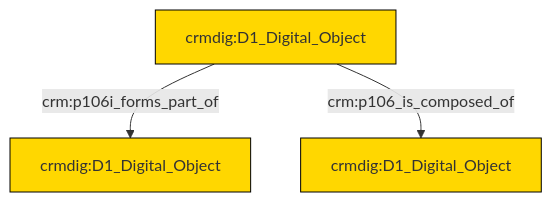
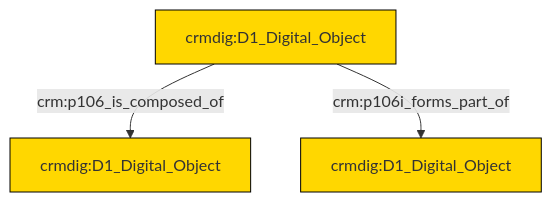
One commit to swiss-art-research-net/docs.swissartresearch changed the diagram in et/doCSV/ttl/mmd/do_parthood.ttl.mmd. Above: the diagram before and after it, drawn with Mermaid. The commit also changed 128 other files, not shown here.

```diff
--- a/et/doCSV/ttl/mmd/do_parthood.ttl.mmd
+++ b/et/doCSV/ttl/mmd/do_parthood.ttl.mmd
@@ -1,17 +1,17 @@
 graph TD
 classDef Literal fill:#f2f2f2,stroke:#000000;
 classDef CRM_Entity fill:#FFFFFF,stroke:#000000;
 classDef Temporal_Entity fill:#00C9E6, stroke:#000000;
 classDef Type fill:#E18312, stroke:#000000;
 classDef Time-Span fill:#2C9C91, stroke:#000000;
 classDef Appellation fill:#FFEB7F, stroke:#000000;
 classDef Place fill:#008836, stroke:#000000;
 classDef Persistent_Item fill:#B266B2, stroke:#000000;
 classDef Conceptual_Object fill:#FFD700, stroke:#000000;
 classDef Physical_Thing fill:#D2B48C, stroke:#000000;
 classDef Actor fill:#f58aad, stroke:#000000;
 classDef PC_Classes fill:#4ce600, stroke:#000000;
 classDef Multi fill:#cccccc,stroke:#000000;
 
+0["crmdig:D1_Digital_Object"]:::Conceptual_Object -->|crm:p106_is_composed_of| 1["crmdig:D1_Digital_Object"]:::Conceptual_Object
 0["crmdig:D1_Digital_Object"]:::Conceptual_Object -->|crm:p106i_forms_part_of| 2["crmdig:D1_Digital_Object"]:::Conceptual_Object
-0["crmdig:D1_Digital_Object"]:::Conceptual_Object -->|crm:p106_is_composed_of| 4["crmdig:D1_Digital_Object"]:::Conceptual_Object
```
